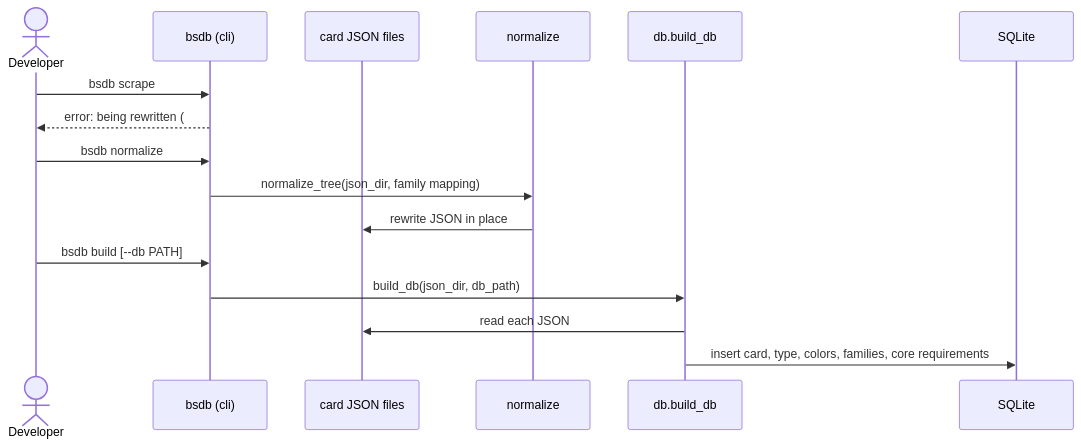
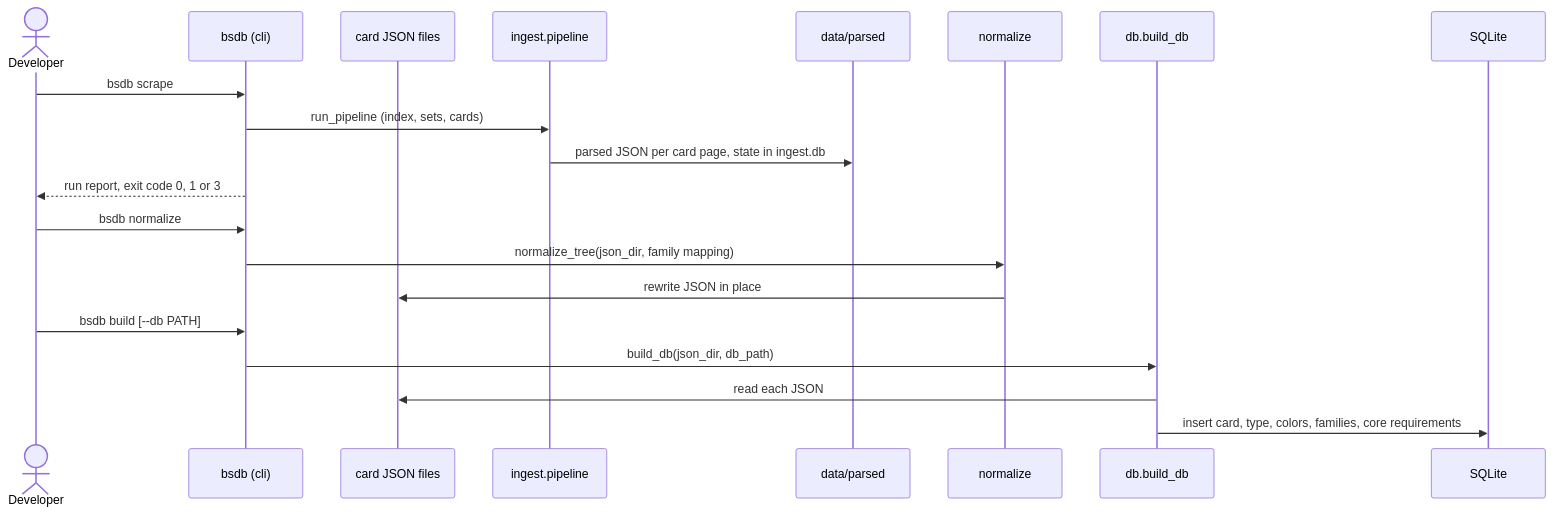
One commit to AleFire99/BS_Database changed the third of 3 diagrams in docs/architecture/overview.md. Above: the diagram before and after it, drawn with Mermaid. The commit also changed other lines of this file and 6 other files, not shown here.

First line of the commit message:
docs(scraper): document the pipeline, parsed json and cli reference

````diff
--- a/docs/architecture/overview.md
+++ b/docs/architecture/overview.md
@@ -87,19 +97,23 @@
 ```mermaid
 sequenceDiagram
     actor Dev as Developer
     participant C as bsdb (cli)
     participant J as card JSON files
+    participant I as ingest.pipeline
+    participant P as data/parsed
     participant N as normalize
     participant D as db.build_db
     participant DB as SQLite
 
     Dev->>C: bsdb scrape
-    C-->>Dev: error: being rewritten (#10), exit code 1
+    C->>I: run_pipeline (index, sets, cards)
+    I->>P: parsed JSON per card page, state in ingest.db
+    C-->>Dev: run report, exit code 0, 1 or 3
     Dev->>C: bsdb normalize
     C->>N: normalize_tree(json_dir, family mapping)
     N->>J: rewrite JSON in place
     Dev->>C: bsdb build [--db PATH]
     C->>D: build_db(json_dir, db_path)
     D->>J: read each JSON
     D->>DB: insert card, type, colors, families, core requirements
 ```
````
